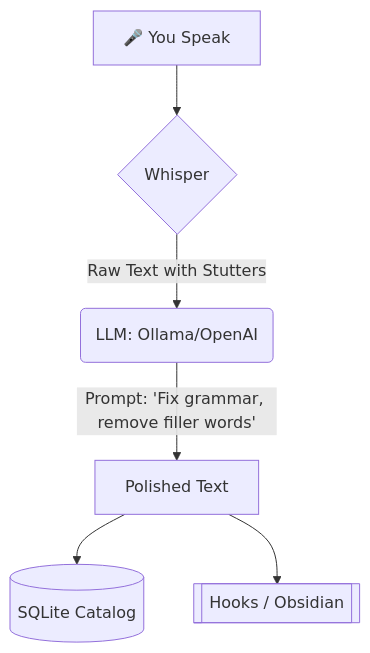
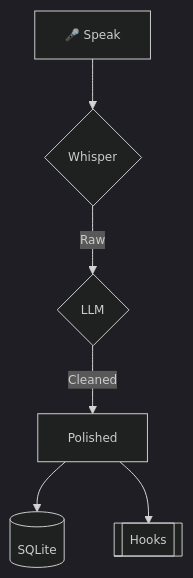
The diagram in docs/user-guide/smart_cleanup.md (namefailed/phoneme), drawn with Mermaid before and after one commit. The commit also changed 3 other files, not shown here.

First line of the commit message:
docs: make all mermaid diagrams smaller and more beautiful

````diff
--- a/docs/user-guide/smart_cleanup.md
+++ b/docs/user-guide/smart_cleanup.md
@@ -11,8 +11,9 @@
 ```mermaid
+%%{init: {'flowchart': {'curve': 'basis', 'useMaxWidth': false}, 'theme': 'dark', 'themeVariables': { 'fontSize': '12px' }}}%%
 flowchart TD
-    A[🎤 You Speak] --> B{Whisper}
-    B -->|Raw Text with Stutters| C(LLM: Ollama/OpenAI)
-    C -->|Prompt: 'Fix grammar, remove filler words'| D[Polished Text]
-    D --> E[(SQLite Catalog)]
-    D --> F[[Hooks / Obsidian]]
+    Input[🎤 Speak] --> W{Whisper}
+    W -->|Raw| L{LLM}
+    L -->|Cleaned| Out[Polished]
+    Out --> S[(SQLite)]
+    Out --> H[[Hooks]]
 ```
````
